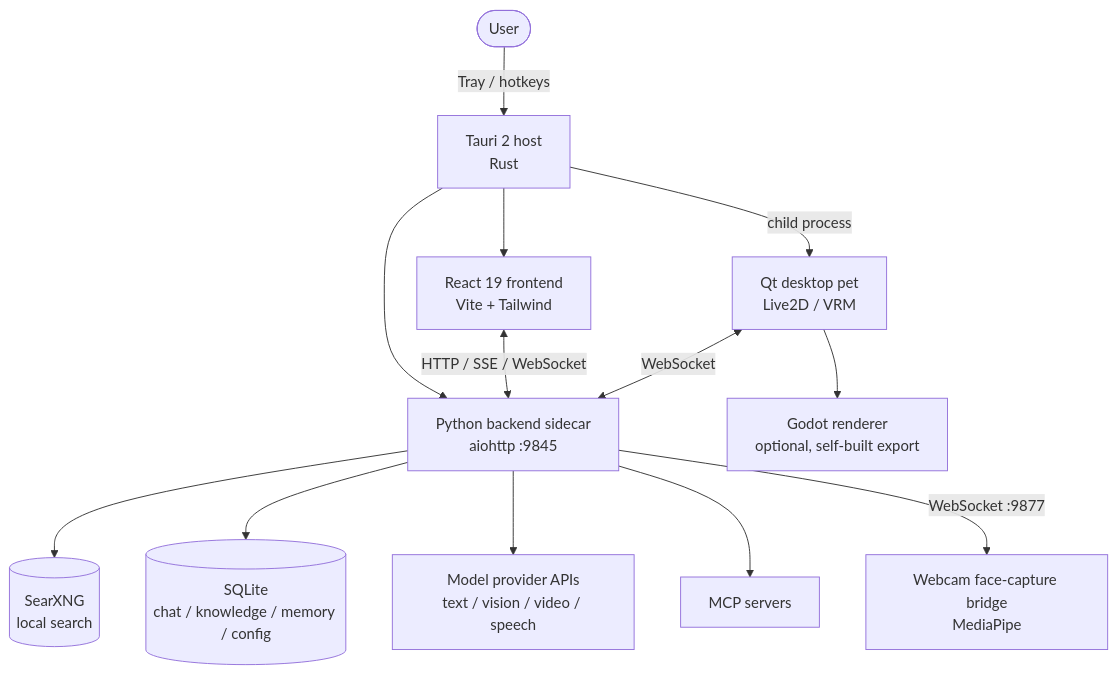
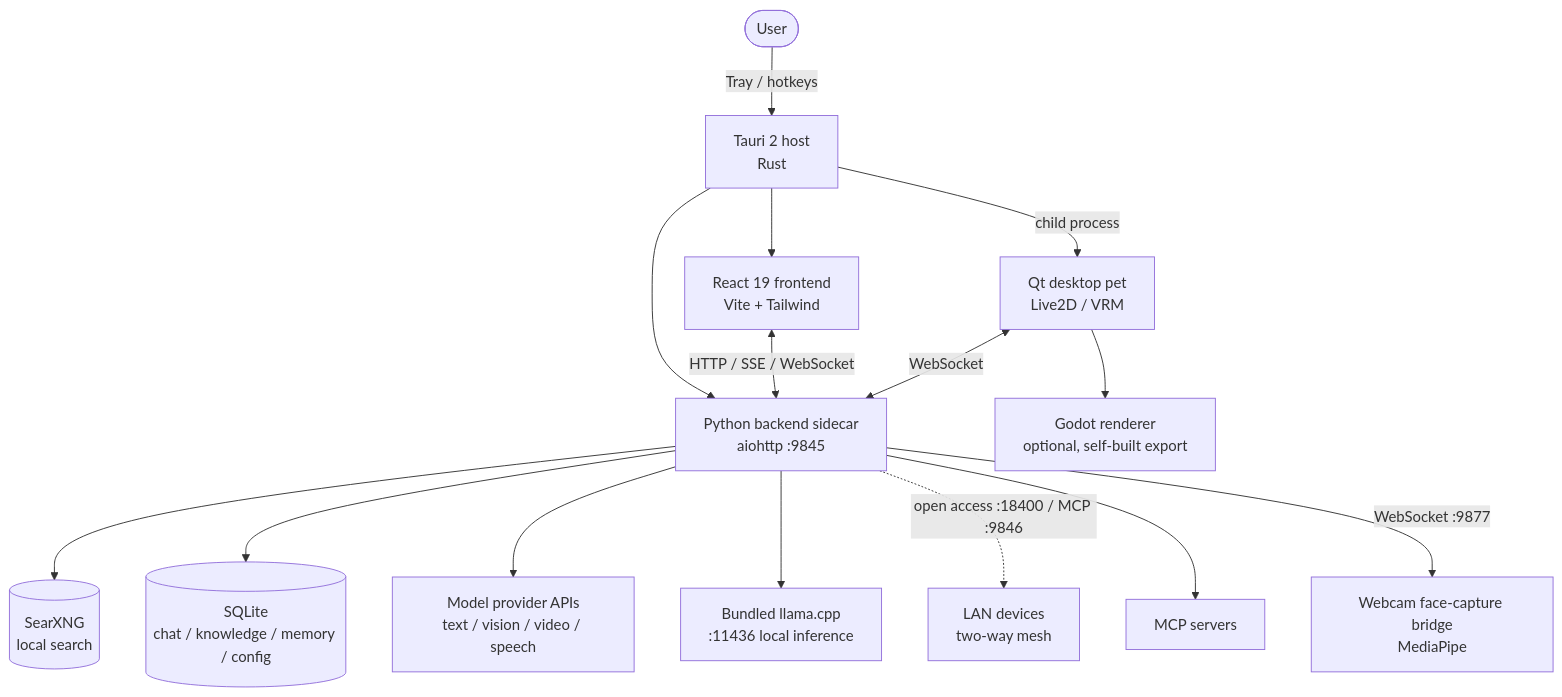
The diagram in README_EN.md (Hayliy/naixi-desktop), drawn with Mermaid before and after one commit. The commit also changed other lines of this file and 3 other files, not shown here.

````diff
--- a/README_EN.md
+++ b/README_EN.md
@@ -160,15 +185,17 @@
 ```mermaid
 graph TB
     User([User]) -->|Tray / hotkeys| Tauri[Tauri 2 host<br/>Rust]
     Tauri --> React[React 19 frontend<br/>Vite + Tailwind]
     Tauri --> Python[Python backend sidecar<br/>aiohttp :9845]
     React <-->|HTTP / SSE / WebSocket| Python
     Python --> Search[(SearXNG<br/>local search)]
     Python --> DB[(SQLite<br/>chat / knowledge / memory / config)]
     Python --> LLM[Model provider APIs<br/>text / vision / video / speech]
+    Python --> Local[Bundled llama.cpp<br/>:11436 local inference]
+    Python -.->|open access :18400 / MCP :9846| Mesh[LAN devices<br/>two-way mesh]
     Python --> MCP[MCP servers]
     Python -->|WebSocket :9877| Face[Webcam face-capture bridge<br/>MediaPipe]
     Tauri -->|child process| Pet[Qt desktop pet<br/>Live2D / VRM]
     Pet <-->|WebSocket| Python
     Pet --> Godot[Godot renderer<br/>optional, self-built export]
 ```
````
